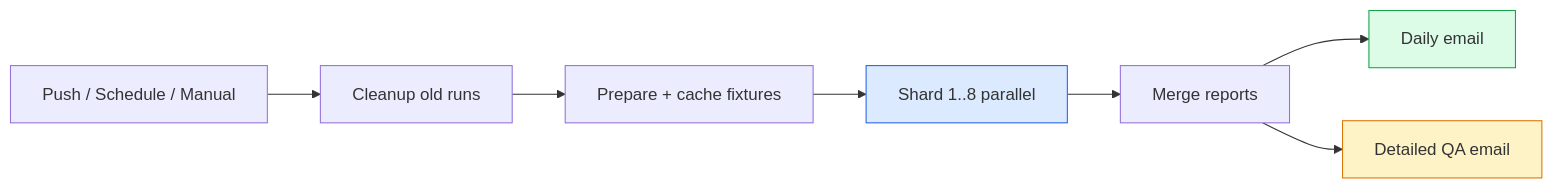
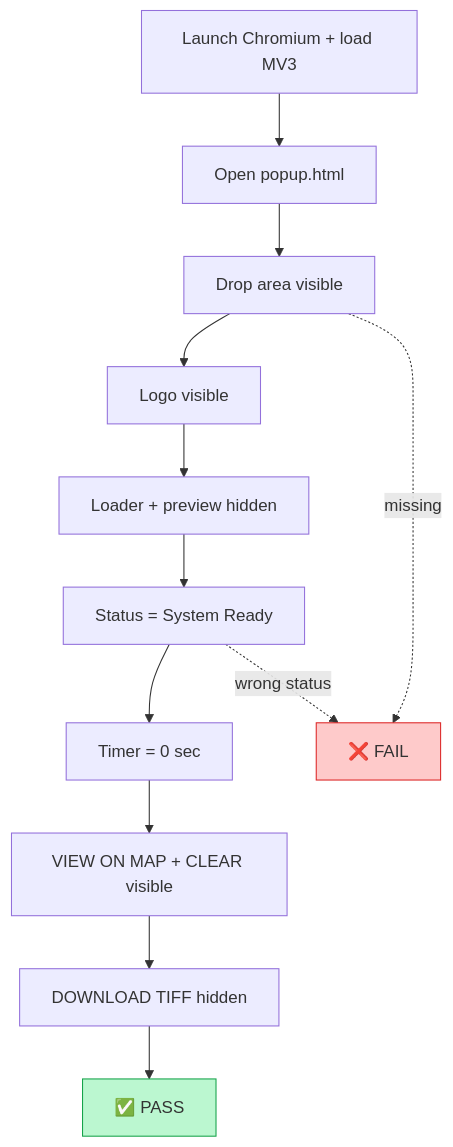
One commit to GeoWGS84-Testing/Mrsid-Extension changed the fourth of 44 diagrams in README.md. Above: the diagram before and after it, drawn with Mermaid. The commit also changed other lines of this file, not shown here.

````diff
--- a/README.md
+++ b/README.md
@@ -138,13 +268,17 @@
 ```mermaid
-flowchart LR
-  A[Push / Schedule / Manual] --> B[Cleanup old runs]
-  B --> C[Prepare + cache fixtures]
-  C --> D[Shard 1..8 parallel]
-  D --> E[Merge reports]
-  E --> F[Daily email]
-  E --> G[Detailed QA email]
+flowchart TD
+  A[Launch Chromium + load MV3] --> B[Open popup.html]
+  B --> C[Drop area visible]
+  C --> D[Logo visible]
+  D --> E[Loader + preview hidden]
+  E --> F[Status = System Ready]
+  F --> G[Timer = 0 sec]
+  G --> H[VIEW ON MAP + CLEAR visible]
+  H --> I[DOWNLOAD TIFF hidden]
+  I --> P[✅ PASS]
+  C -.->|missing| X[❌ FAIL]
+  F -.->|wrong status| X
 
-  style D fill:#dbeafe,stroke:#2563eb
-  style F fill:#dcfce7,stroke:#16a34a
-  style G fill:#fef3c7,stroke:#d97706
+  style P fill:#bbf7d0,stroke:#16a34a
+  style X fill:#fecaca,stroke:#dc2626
 ```
````
